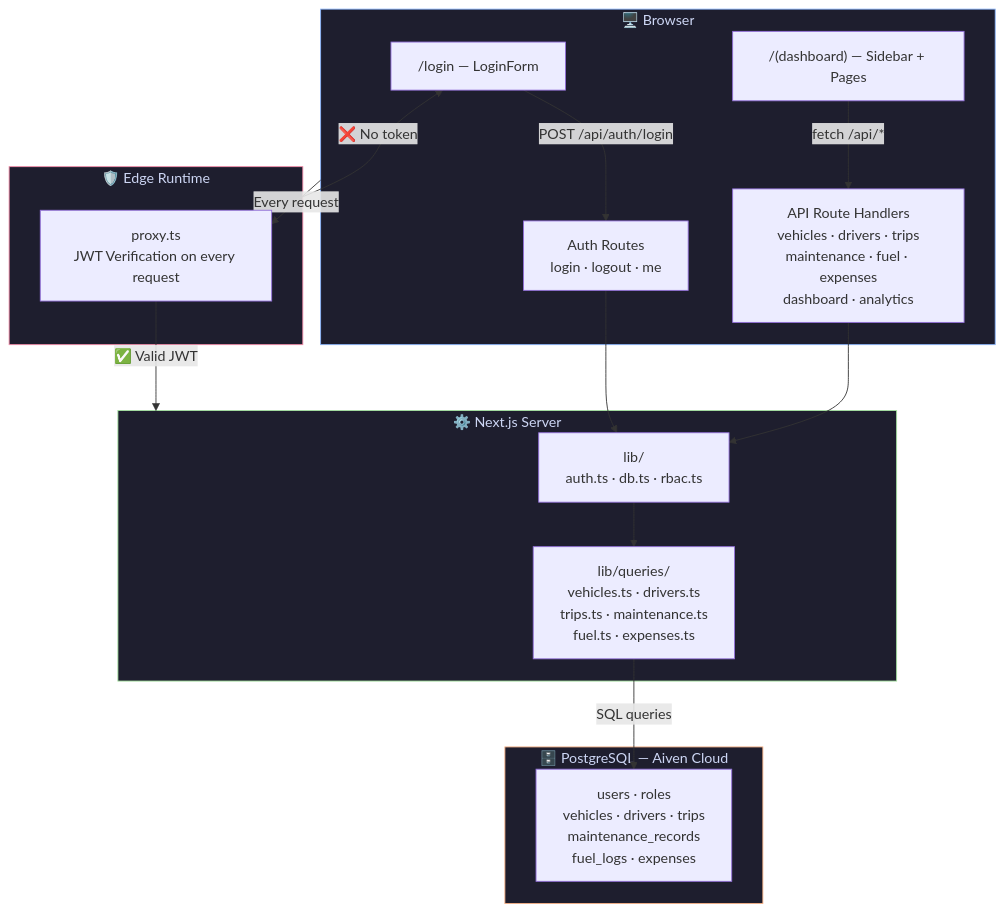
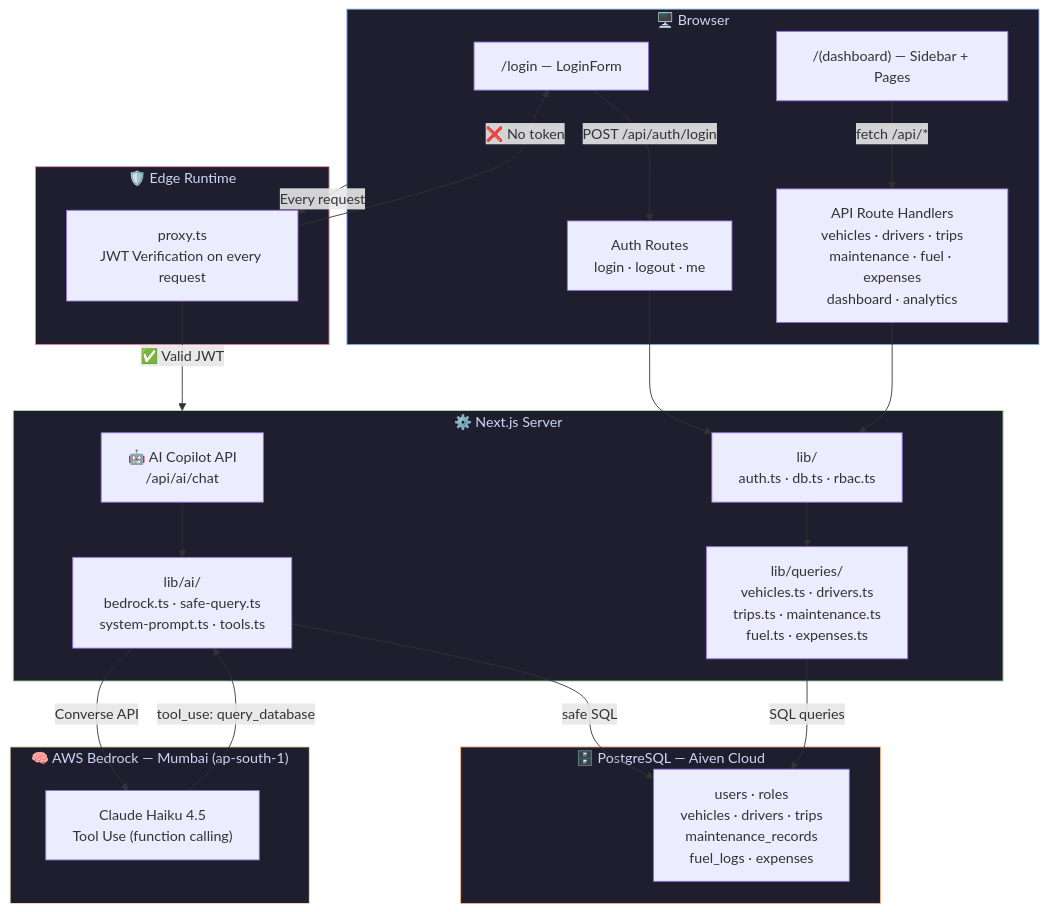
One commit to negimox/moveops changed the first of 13 diagrams in README.md. Above: the diagram before and after it, drawn with Mermaid. The commit also changed other lines of this file and 12 other files, not shown here.

First line of the commit message:
feat: add AI Ops Copilot powered by AWS Bedrock + Claude Haiku 4.5

````diff
--- a/README.md
+++ b/README.md
@@ -20,37 +21,48 @@
 ```mermaid
 graph TB
     subgraph Client["🖥️ Browser"]
         LP["/login — LoginForm"]
         DB["/(dashboard) — Sidebar + Pages"]
         LP -->|"POST /api/auth/login"| AUTH
         DB -->|"fetch /api/*"| API
     end
 
     subgraph Edge["🛡️ Edge Runtime"]
         MW["proxy.ts<br/>JWT Verification on every request"]
     end
 
     subgraph Server["⚙️ Next.js Server"]
         AUTH["Auth Routes<br/>login · logout · me"]
         API["API Route Handlers<br/>vehicles · drivers · trips<br/>maintenance · fuel · expenses<br/>dashboard · analytics"]
+        AI["🤖 AI Copilot API<br/>/api/ai/chat"]
         LIB["lib/<br/>auth.ts · db.ts · rbac.ts"]
         QRY["lib/queries/<br/>vehicles.ts · drivers.ts<br/>trips.ts · maintenance.ts<br/>fuel.ts · expenses.ts"]
+        AILIB["lib/ai/<br/>bedrock.ts · safe-query.ts<br/>system-prompt.ts · tools.ts"]
+    end
+
+    subgraph Bedrock["🧠 AWS Bedrock — Mumbai (ap-south-1)"]
+        CLAUDE["Claude Haiku 4.5<br/>Tool Use (function calling)"]
     end
 
     subgraph DB_Layer["🗄️ PostgreSQL — Aiven Cloud"]
         TABLES["users · roles<br/>vehicles · drivers · trips<br/>maintenance_records<br/>fuel_logs · expenses"]
     end
 
     Client -->|"Every request"| MW
     MW -->|"✅ Valid JWT"| Server
     MW -->|"❌ No token"| LP
     AUTH --> LIB
     API --> LIB
+    AI --> AILIB
+    AILIB -->|"Converse API"| CLAUDE
+    CLAUDE -->|"tool_use: query_database"| AILIB
+    AILIB -->|"safe SQL"| TABLES
     LIB --> QRY
     QRY -->|"SQL queries"| TABLES
 
     style Client fill:#1e1e2e,stroke:#89b4fa,color:#cdd6f4
     style Edge fill:#1e1e2e,stroke:#f38ba8,color:#cdd6f4
     style Server fill:#1e1e2e,stroke:#a6e3a1,color:#cdd6f4
     style DB_Layer fill:#1e1e2e,stroke:#fab387,color:#cdd6f4
+    style Bedrock fill:#1e1e2e,stroke:#f9e2af,color:#cdd6f4
 ```
````
